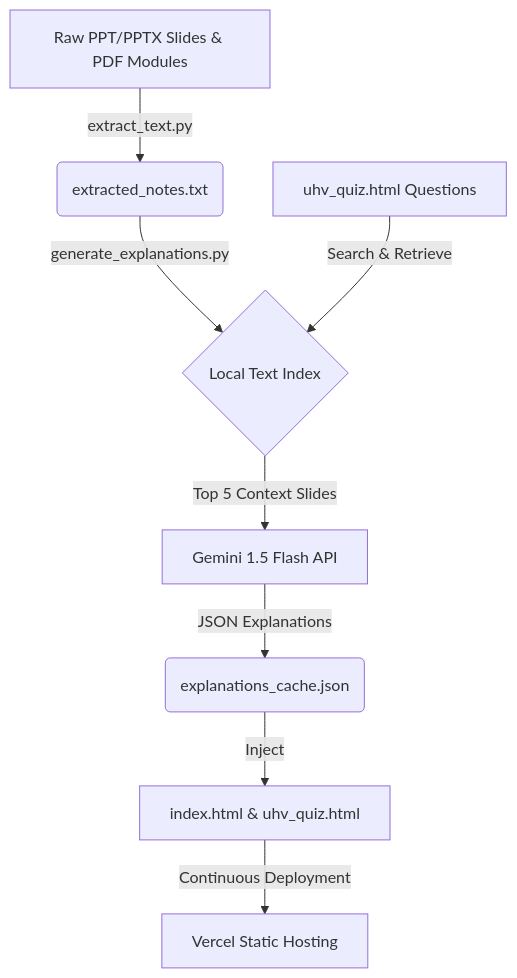
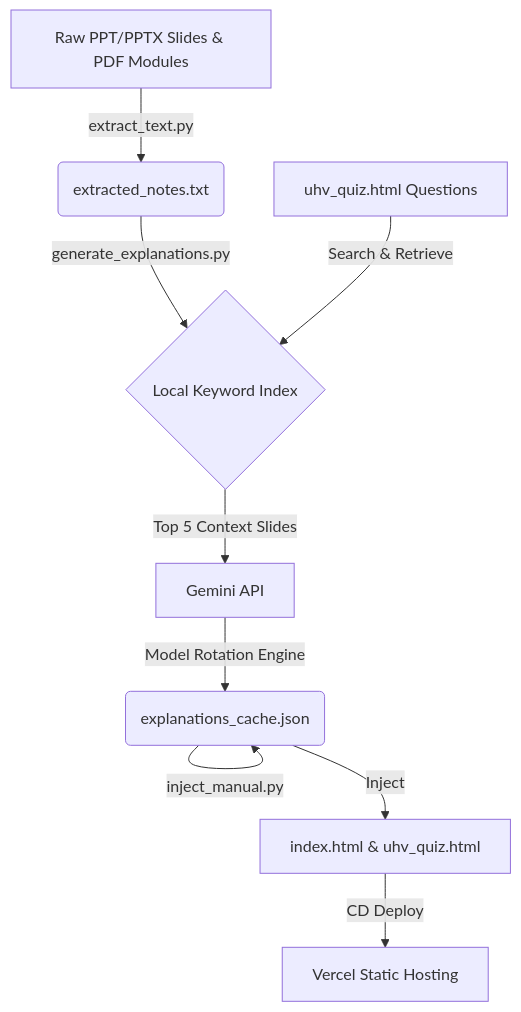
The diagram in README.md (VK-10-9/uhv), drawn with Mermaid before and after one commit. The commit also changed other lines of this file, not shown here.

````diff
--- a/README.md
+++ b/README.md
@@ -12,10 +57,11 @@
 ```mermaid
 graph TD
     A[Raw PPT/PPTX Slides & PDF Modules] -->|extract_text.py| B(extracted_notes.txt)
-    B -->|generate_explanations.py| C{Local Text Index}
+    B -->|generate_explanations.py| C{Local Keyword Index}
     D[uhv_quiz.html Questions] -->|Search & Retrieve| C
-    C -->|Top 5 Context Slides| E[Gemini 1.5 Flash API]
-    E -->|JSON Explanations| F(explanations_cache.json)
+    C -->|Top 5 Context Slides| E[Gemini API]
+    E -->|Model Rotation Engine| F(explanations_cache.json)
+    F -->|inject_manual.py| F
     F -->|Inject| G[index.html & uhv_quiz.html]
-    G -->|Continuous Deployment| H[Vercel Static Hosting]
+    G -->|CD Deploy| H[Vercel Static Hosting]
 ```
````
